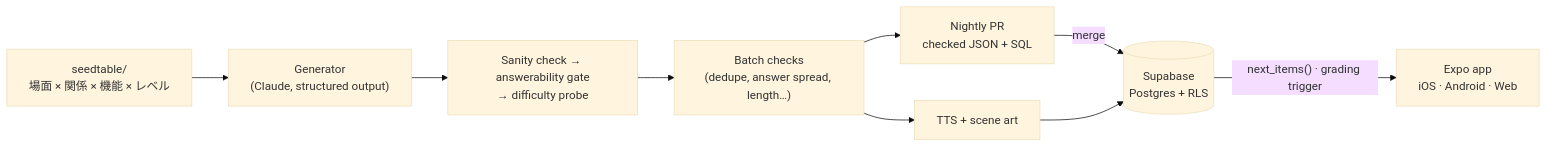
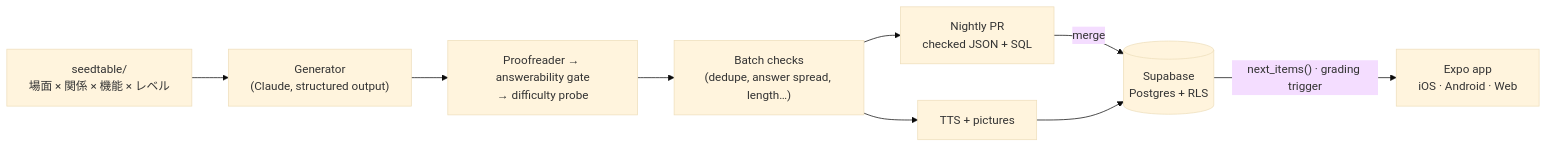
Before and after one commit to ZacharyTStone/business-japanese-test-practice: the diagram in README.md, drawn with Mermaid (base theme). The commit also changed other lines of this file and 8 other files, not shown here.

First line of the commit message:
Bring the docs up to date, and retire the superseded roadmap

````diff
--- a/README.md
+++ b/README.md
@@ -41,10 +41,10 @@
 ```mermaid
 flowchart LR
     ST["seedtable/<br/>場面 × 関係 × 機能 × レベル"] --> GEN["Generator<br/>(Claude, structured output)"]
-    GEN --> GATE["Sanity check → answerability gate<br/>→ difficulty probe"]
+    GEN --> GATE["Proofreader → answerability gate<br/>→ difficulty probe"]
     GATE --> BATCH["Batch checks<br/>(dedupe, answer spread, length…)"]
     BATCH --> PR["Nightly PR<br/>checked JSON + SQL"]
     PR -->|merge| DB[("Supabase<br/>Postgres + RLS")]
-    BATCH --> TTS["TTS + scene art"] --> DB
+    BATCH --> TTS["TTS + pictures"] --> DB
     DB -->|"next_items() · grading trigger"| APP["Expo app<br/>iOS · Android · Web"]
 ```
````
